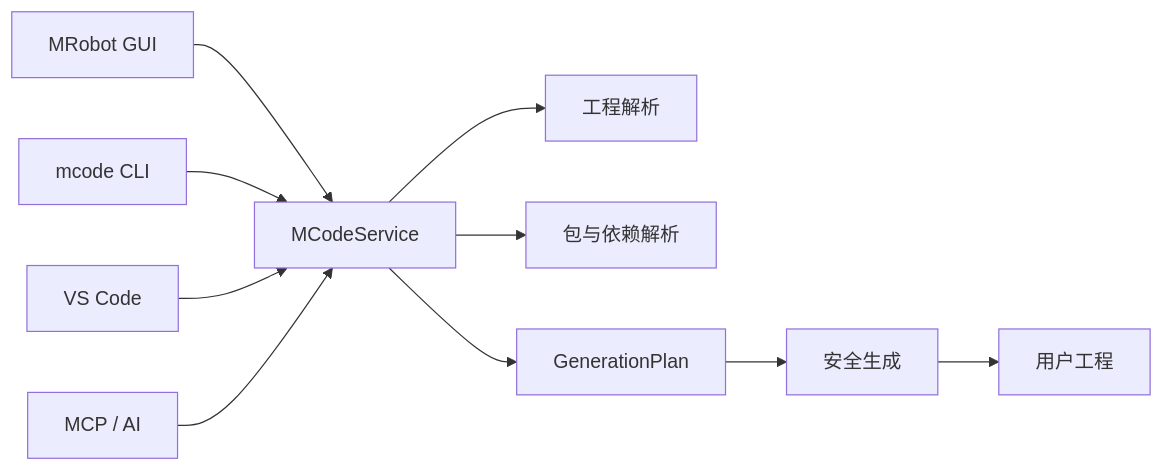
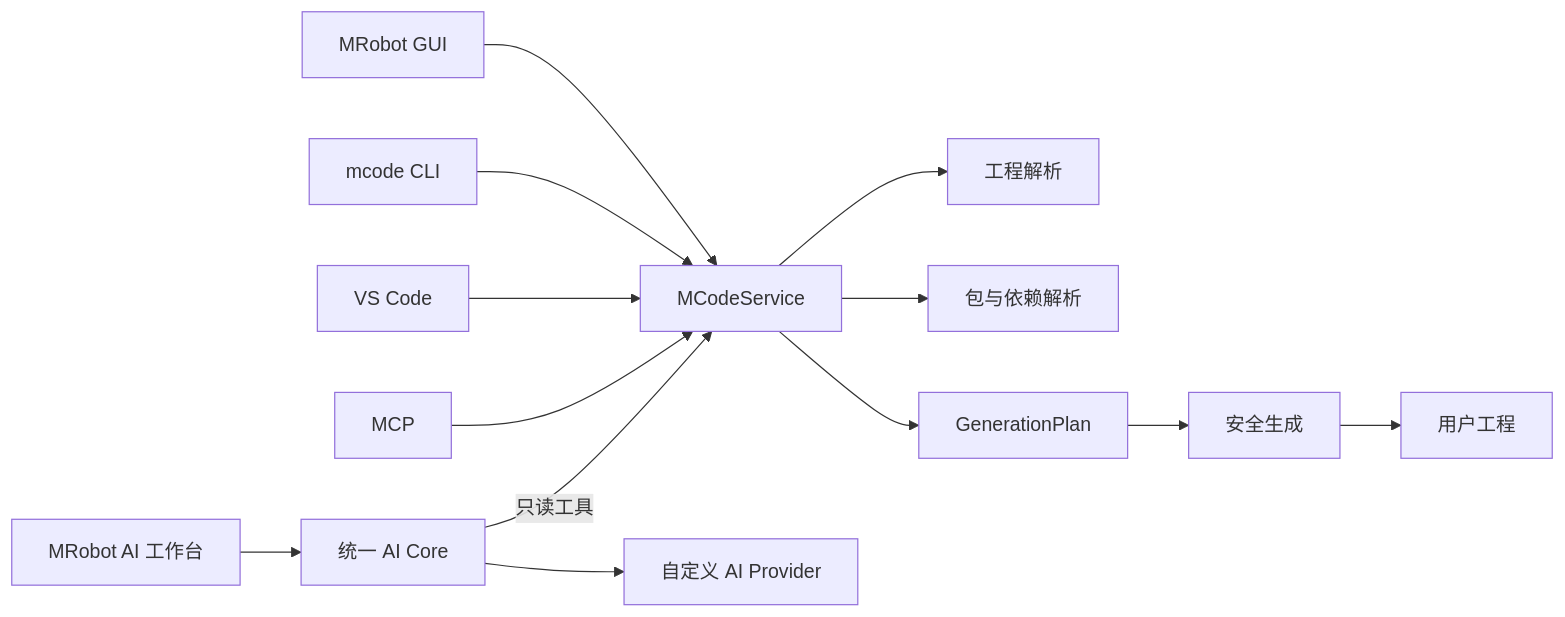
The diagram in README.md (goldenfishs/MRobot), drawn with Mermaid before and after one commit. The commit also changed other lines of this file and 15 other files, not shown here.

````diff
--- a/README.md
+++ b/README.md
@@ -38,12 +38,15 @@
 ```mermaid
 flowchart LR
     GUI["MRobot GUI"] --> Service["MCodeService"]
     CLI["mcode CLI"] --> Service
     VSCode["VS Code"] --> Service
-    MCP["MCP / AI"] --> Service
+    MCP["MCP"] --> Service
+    AI["MRobot AI 工作台"] --> AICore["统一 AI Core"]
+    AICore --> Provider["自定义 AI Provider"]
+    AICore -->|"只读工具"| Service
     Service --> Inspect["工程解析"]
     Service --> Registry["包与依赖解析"]
     Service --> Plan["GenerationPlan"]
     Plan --> Generate["安全生成"]
     Generate --> Project["用户工程"]
 ```
````
